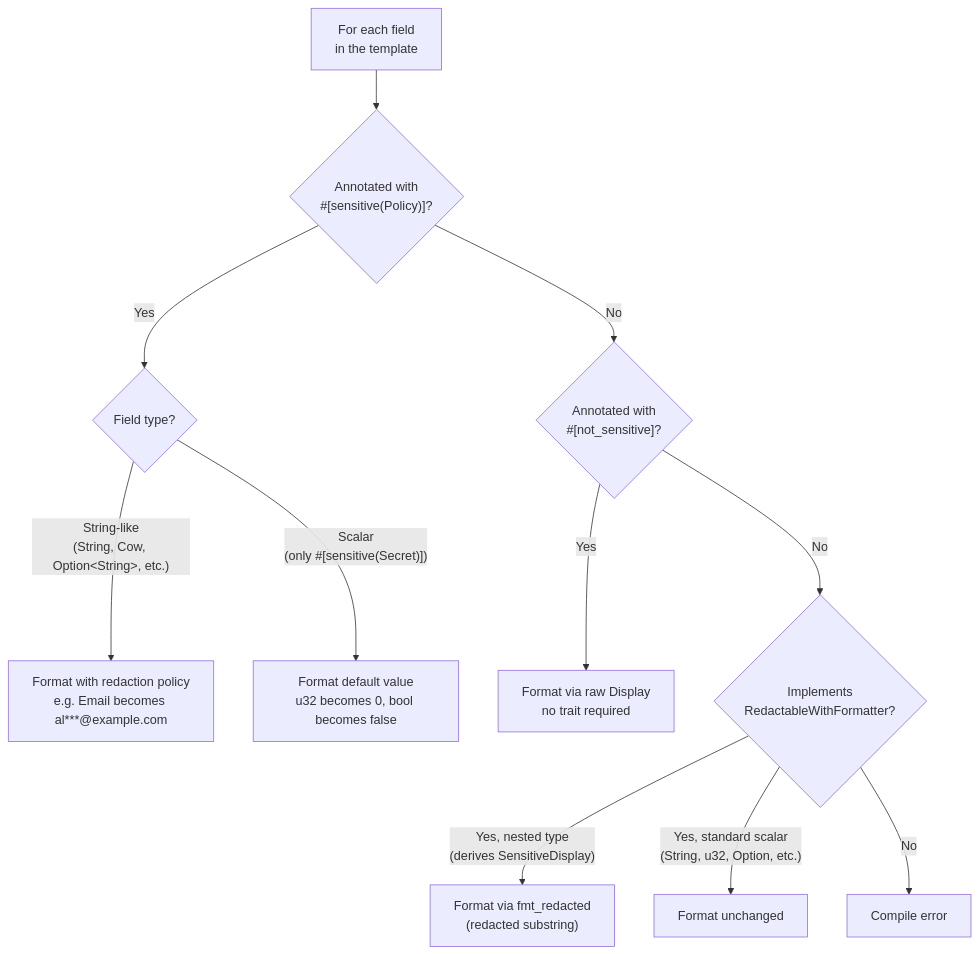
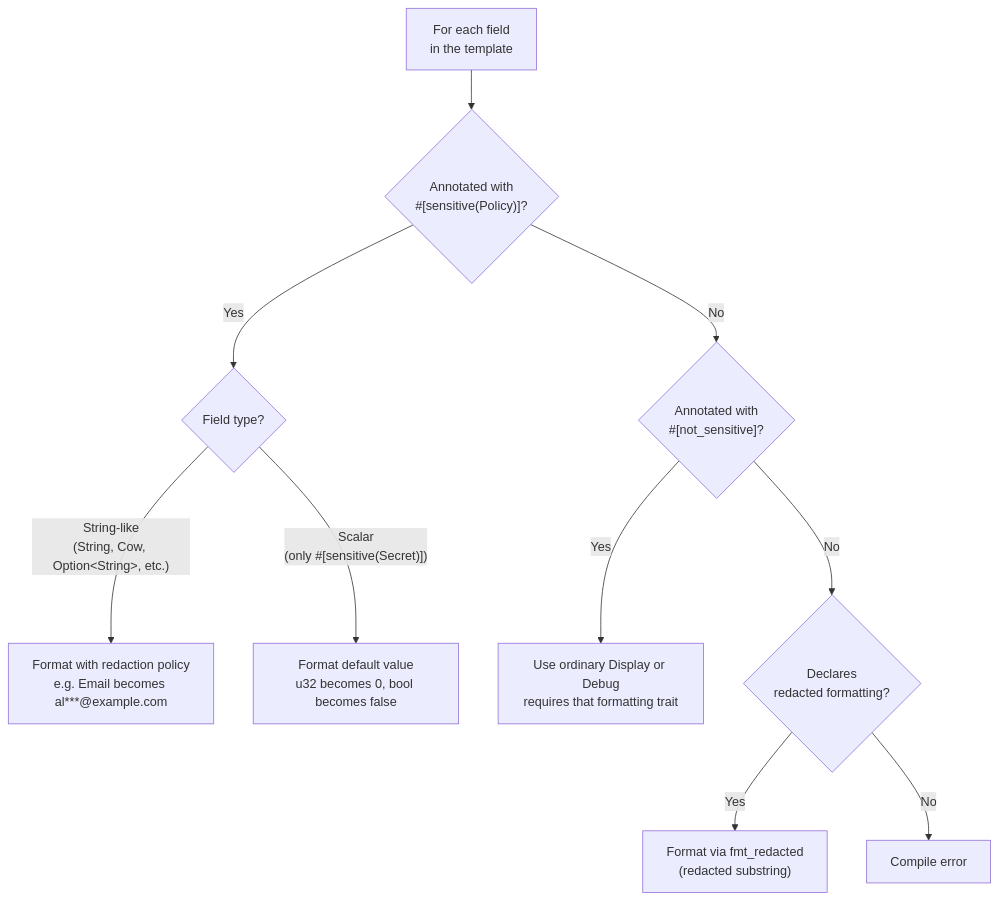
Before and after one commit to sformisano/redactable: the second of 2 diagrams in README.md, drawn with Mermaid. The commit also changed other lines of this file and 276 other files, not shown here.

````diff
--- a/README.md
+++ b/README.md
@@ -553,13 +598,12 @@
 ```mermaid
 flowchart TD
     F["For each field<br/>in the template"] --> A{"Annotated with<br/>#[sensitive(Policy)]?"}
     A -- Yes --> T{"Field type?"}
     T -- "String-like<br/>(String, Cow, Option&lt;String&gt;, etc.)" --> B["Format with redaction policy<br/>e.g. Email becomes al***@example.com"]
     T -- "Scalar<br/>(only #[sensitive(Secret)])" --> C["Format default value<br/>u32 becomes 0, bool becomes false"]
     A -- No --> D{"Annotated with<br/>#[not_sensitive]?"}
-    D -- Yes --> E["Format via raw Display<br/>no trait required"]
-    D -- No --> G{"Implements<br/>RedactableWithFormatter?"}
-    G -- "Yes, nested type<br/>(derives SensitiveDisplay)" --> I["Format via fmt_redacted<br/>(redacted substring)"]
-    G -- "Yes, standard scalar<br/>(String, u32, Option, etc.)" --> J["Format unchanged"]
+    D -- Yes --> E["Use ordinary Display or Debug<br/>requires that formatting trait"]
+    D -- No --> G{"Declares<br/>redacted formatting?"}
+    G -- Yes --> I["Format via fmt_redacted<br/>(redacted substring)"]
     G -- No --> K["Compile error"]
 ```
````
